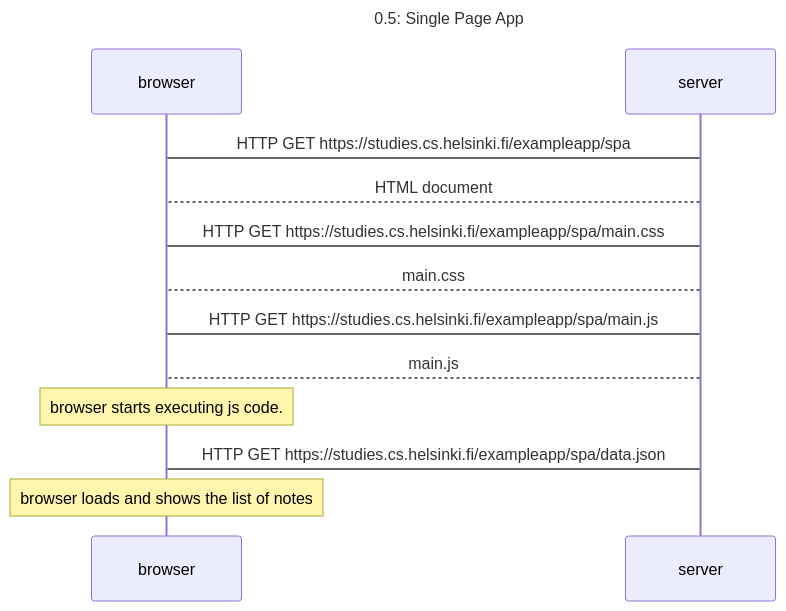
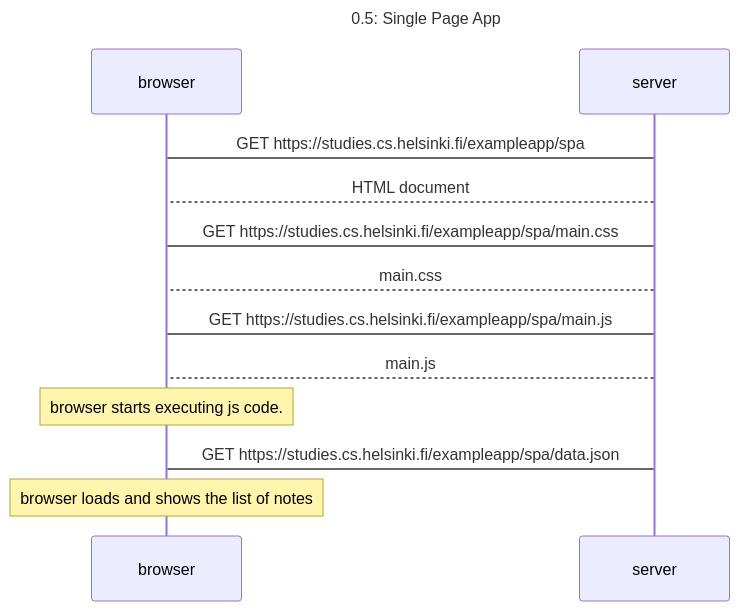
Before and after one commit to MeriylSequeira/PART0: the diagram in part0.5.md, drawn with Mermaid.

Commit message:
part0.5.md

````diff
--- a/part0.5.md
+++ b/part0.5.md
@@ -1,17 +1,17 @@
 ```mermaid
 sequenceDiagram
 Title: 0.5: Single Page App
 
-    browser->server: HTTP GET https://studies.cs.helsinki.fi/exampleapp/spa
+    browser->server: GET https://studies.cs.helsinki.fi/exampleapp/spa
     server-->browser: HTML document
-    browser->server: HTTP GET https://studies.cs.helsinki.fi/exampleapp/spa/main.css
+    browser->server: GET https://studies.cs.helsinki.fi/exampleapp/spa/main.css
     server-->browser: main.css
-    browser->server: HTTP GET https://studies.cs.helsinki.fi/exampleapp/spa/main.js
+    browser->server: GET https://studies.cs.helsinki.fi/exampleapp/spa/main.js
     server-->browser: main.js
 
     note over browser: browser starts executing js code.
 
-    browser->server: HTTP GET https://studies.cs.helsinki.fi/exampleapp/spa/data.json
+    browser->server: GET https://studies.cs.helsinki.fi/exampleapp/spa/data.json
 
     note over browser: browser loads and shows the list of notes
 ```
````
